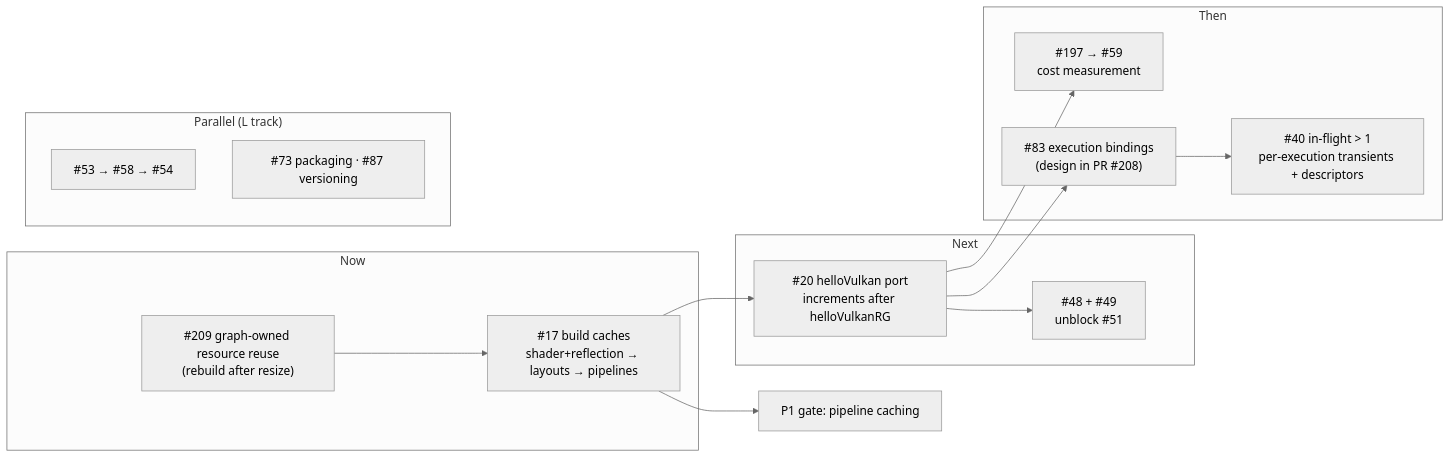
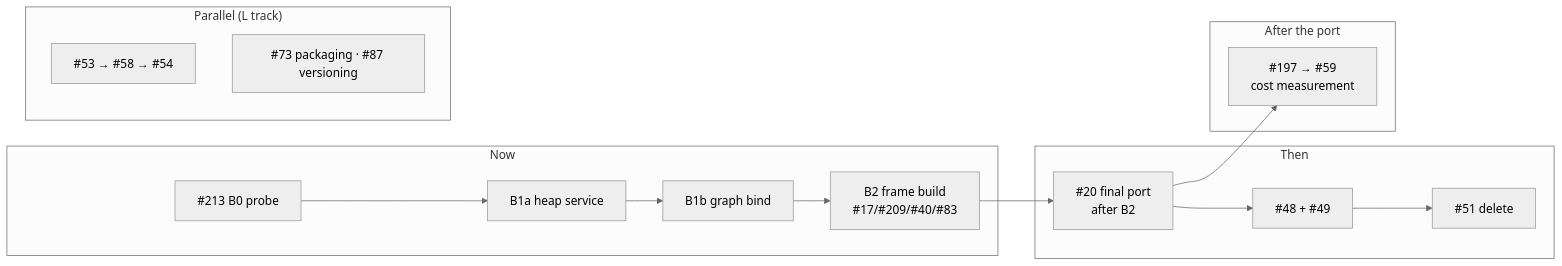
The third of 4 diagrams in docs/Roadmap-Visual.md (v3c70r/Muyo), drawn with Mermaid (neutral theme) before and after one commit. The commit also changed other lines of this file and 1 other file, not shown here.

First line of the commit message:
docs: add the B descriptor-heap track to the roadmap (#214)

````diff
--- a/docs/Roadmap-Visual.md
+++ b/docs/Roadmap-Visual.md
@@ -79,27 +95,25 @@
 ```mermaid
 flowchart LR
     subgraph now["Now"]
-        N209["#209 graph-owned resource reuse<br/>(rebuild after resize)"]
-        N17["#17 build caches<br/>shader+reflection → layouts → pipelines"]
-        N209 --> N17
+        B213["#213 B0 probe"]
+        B1A["B1a heap service"]
+        B1B["B1b graph bind"]
+        B2["B2 frame build<br/>#17/#209/#40/#83"]
+        B213 --> B1A --> B1B --> B2
     end
-    subgraph next["Next"]
-        N20["#20 helloVulkan port<br/>increments after helloVulkanRG"]
-        N48["#48 + #49<br/>unblock #51"]
-        N20 --> N48
+    subgraph next["Then"]
+        N20["#20 final port<br/>after B2"]
+        N48["#48 + #49"]
+        N51["#51 delete"]
+        N20 --> N48 --> N51
     end
-    subgraph then["Then"]
+    subgraph later["After the port"]
         N59["#197 → #59<br/>cost measurement"]
-        N83["#83 execution bindings<br/>(design in PR #208)"]
-        N40["#40 in-flight > 1<br/>per-execution transients + descriptors"]
-        N83 --> N40
     end
     subgraph parallel["Parallel (L track)"]
         L53["#53 → #58 → #54"]
         L73["#73 packaging · #87 versioning"]
     end
-    N17 --> N20
+    B2 --> N20
     N20 --> N59
-    N20 --> N83
-    N17 --> G1["P1 gate: pipeline caching"]
 ```
````
